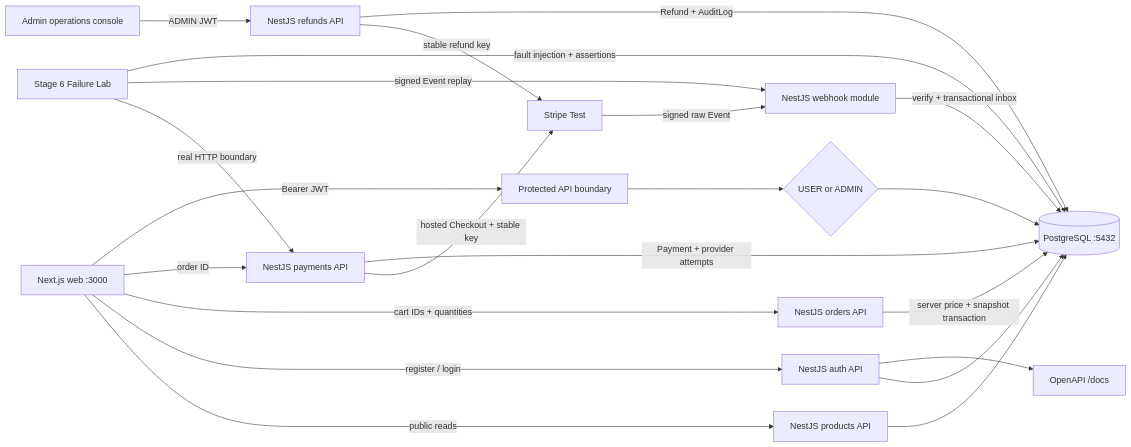
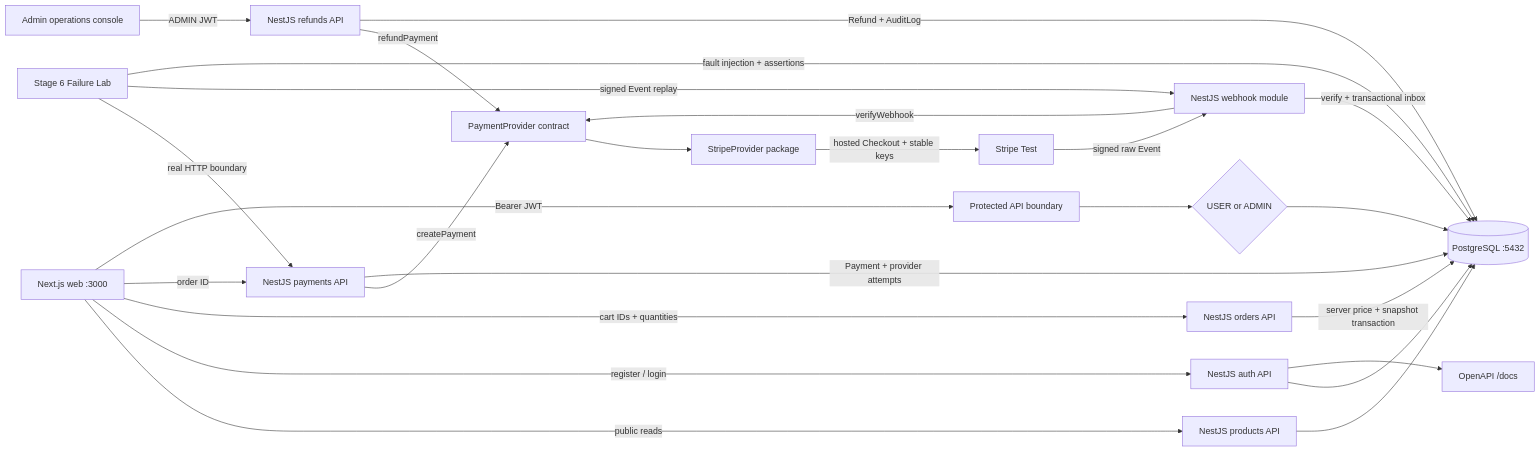
Before and after one commit to tianhao8687/payflow: the diagram in README.md, drawn with Mermaid. The commit also changed other lines of this file and 60 other files, not shown here.

Commit message:
refactor: complete stage 7 provider adapter

````diff
--- a/README.md
+++ b/README.md
@@ -15,24 +14,27 @@
 ```mermaid
 flowchart LR
   Browser[Next.js web :3000] -->|public reads| Products[NestJS products API]
   Browser -->|register / login| Auth[NestJS auth API]
   Browser -->|cart IDs + quantities| Orders[NestJS orders API]
   Browser -->|order ID| Payments[NestJS payments API]
-  Payments -->|hosted Checkout + stable key| Stripe[Stripe Test]
   Admin[Admin operations console] -->|ADMIN JWT| Refunds[NestJS refunds API]
-  Refunds -->|stable refund key| Stripe
+  Payments -->|createPayment| Provider[PaymentProvider contract]
+  Refunds -->|refundPayment| Provider
+  Webhooks -->|verifyWebhook| Provider
+  Provider --> StripeAdapter[StripeProvider package]
+  StripeAdapter -->|hosted Checkout + stable keys| Stripe[Stripe Test]
   Stripe -->|signed raw Event| Webhooks[NestJS webhook module]
   Webhooks -->|verify + transactional inbox| DB
   Browser -->|Bearer JWT| Protected[Protected API boundary]
   Protected --> RBAC{USER or ADMIN}
   Auth --> DB[(PostgreSQL :5432)]
   Products --> DB
   Orders -->|server price + snapshot transaction| DB
   Payments -->|Payment + provider attempts| DB
   Refunds -->|Refund + AuditLog| DB
   RBAC --> DB
   Auth --> Docs[OpenAPI /docs]
   FailureLab[Stage 6 Failure Lab] -->|real HTTP boundary| Payments
   FailureLab -->|signed Event replay| Webhooks
   FailureLab -->|fault injection + assertions| DB
 ```
````
